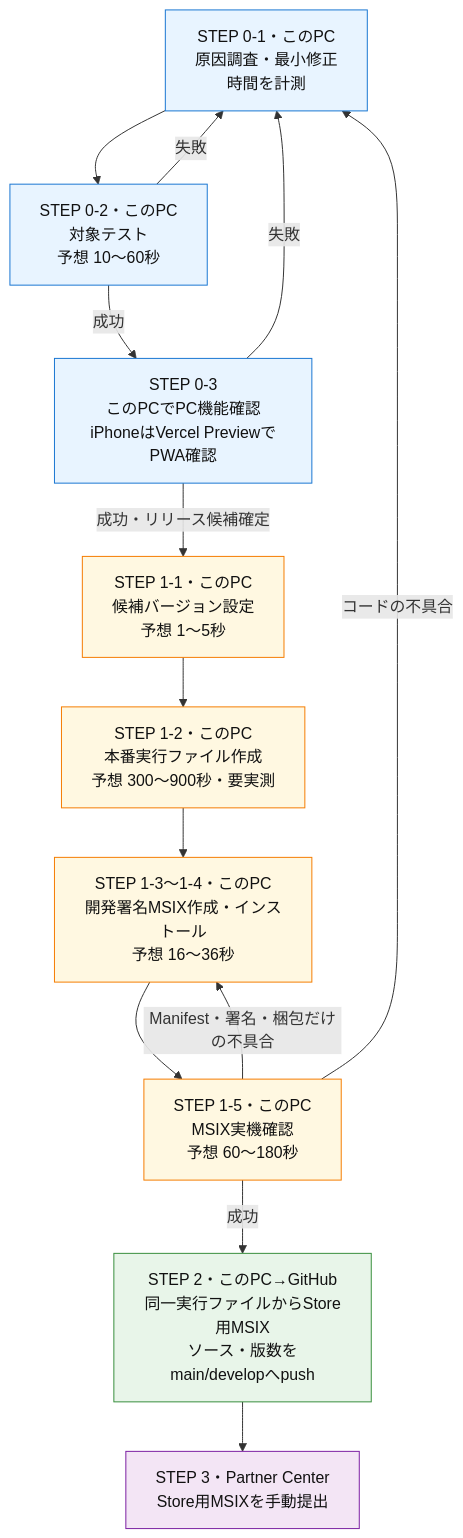
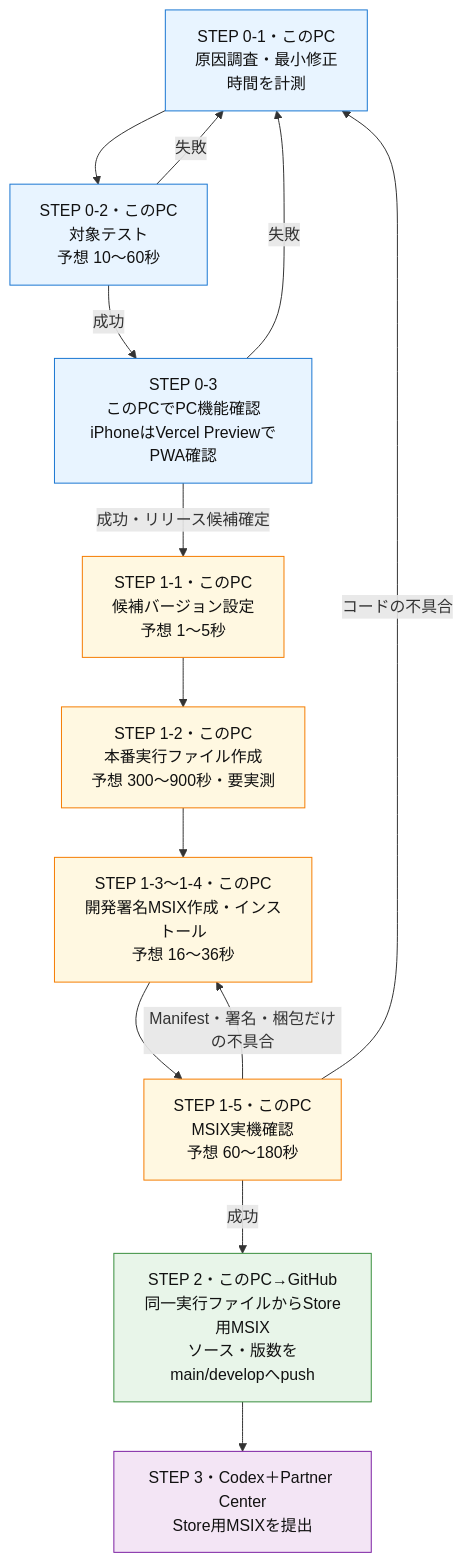
The second of 2 diagrams in docs/010_RELEASE.md (ore-no-fusen/ore-no-fusen), drawn with Mermaid before and after one commit. The commit also changed other lines of this file and 1 other file, not shown here.

Commit message:
docs: clarify Codex Store submission workflow

````diff
--- a/docs/010_RELEASE.md
+++ b/docs/010_RELEASE.md
@@ -49,33 +65,33 @@
 ```mermaid
 flowchart TD
     A["STEP 0-1・このPC<br/>原因調査・最小修正<br/>時間を計測"]
     B["STEP 0-2・このPC<br/>対象テスト<br/>予想 10〜60秒"]
     C["STEP 0-3<br/>このPCでPC機能確認<br/>iPhoneはVercel PreviewでPWA確認"]
     D["STEP 1-1・このPC<br/>候補バージョン設定<br/>予想 1〜5秒"]
     E["STEP 1-2・このPC<br/>本番実行ファイル作成<br/>予想 300〜900秒・要実測"]
     F["STEP 1-3〜1-4・このPC<br/>開発署名MSIX作成・インストール<br/>予想 16〜36秒"]
     G["STEP 1-5・このPC<br/>MSIX実機確認<br/>予想 60〜180秒"]
     H["STEP 2・このPC→GitHub<br/>同一実行ファイルからStore用MSIX<br/>ソース・版数をmain/developへpush"]
-    I["STEP 3・Partner Center<br/>Store用MSIXを手動提出"]
+    I["STEP 3・Codex＋Partner Center<br/>Store用MSIXを提出"]
 
     A --> B
     B -->|失敗| A
     B -->|成功| C
     C -->|失敗| A
     C -->|成功・リリース候補確定| D
     D --> E --> F --> G
     G -->|コードの不具合| A
     G -->|Manifest・署名・梱包だけの不具合| F
     G -->|成功| H
     H --> I
 
     style A fill:#e8f4ff,stroke:#1976d2,color:#111
     style B fill:#e8f4ff,stroke:#1976d2,color:#111
     style C fill:#e8f4ff,stroke:#1976d2,color:#111
     style D fill:#fff8e1,stroke:#f57c00,color:#111
     style E fill:#fff8e1,stroke:#f57c00,color:#111
     style F fill:#fff8e1,stroke:#f57c00,color:#111
     style G fill:#fff8e1,stroke:#f57c00,color:#111
     style H fill:#e8f5e9,stroke:#388e3c,color:#111
     style I fill:#f3e5f5,stroke:#7b1fa2,color:#111
 ```
````
